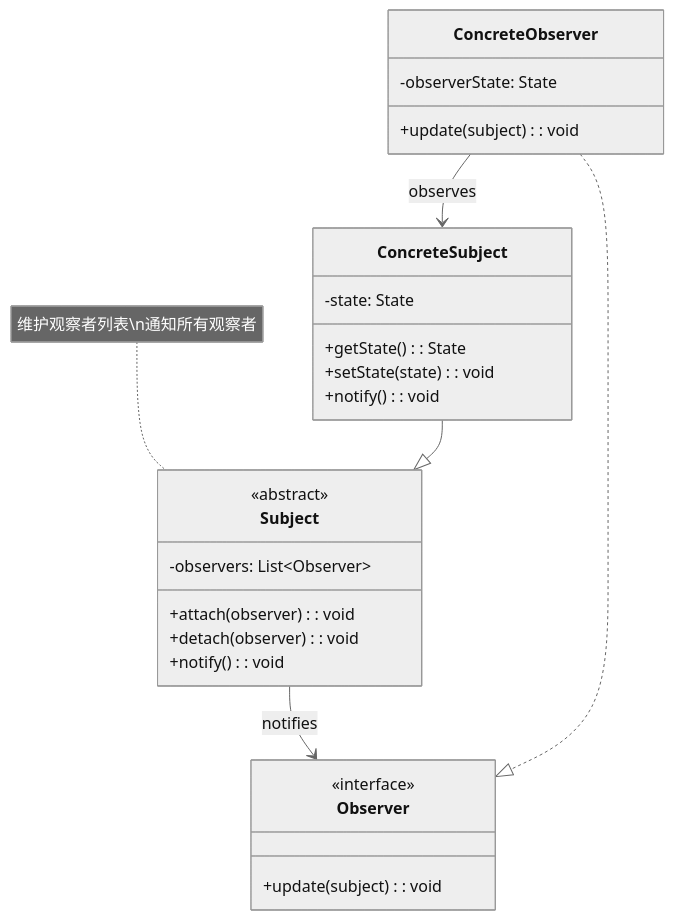
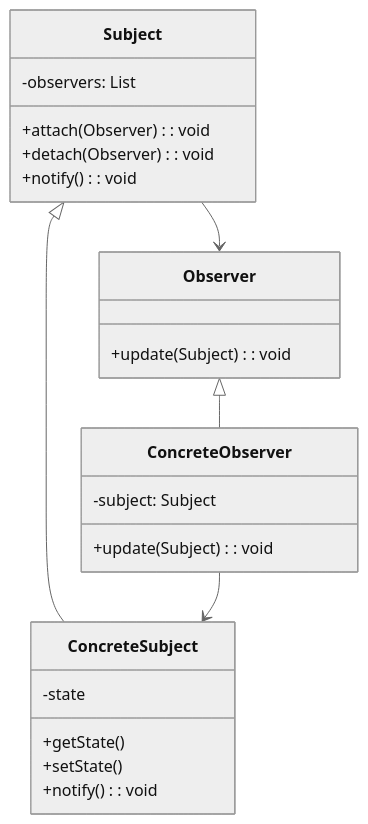
The first of 2 diagrams in resources/design-patterns/laravel/behavioral/observer_zh.md (fanly/DesignPattern), drawn with Mermaid (neutral theme) before and after one commit. The commit also changed other lines of this file and 103 other files, not shown here.

````diff
--- a/resources/design-patterns/laravel/behavioral/observer_zh.md
+++ b/resources/design-patterns/laravel/behavioral/observer_zh.md
@@ -10,34 +22,30 @@
 ```mermaid
 classDiagram
     class Subject {
-        <<abstract>>
-        -observers: List~Observer~
-        +attach(observer): void
-        +detach(observer): void
-        +notify(): void
-    }
-    
-    class ConcreteSubject {
-        -state: State
-        +getState(): State
-        +setState(state): void
+        -observers: List
+        +attach(Observer): void
+        +detach(Observer): void
         +notify(): void
     }
     
     class Observer {
-        <<interface>>
-        +update(subject): void
+        +update(Subject): void
+    }
+    
+    class ConcreteSubject {
+        -state
+        +getState()
+        +setState()
+        +notify(): void
     }
     
     class ConcreteObserver {
-        -observerState: State
-        +update(subject): void
+        -subject: Subject
+        +update(Subject): void
     }
     
-    Subject --> Observer : notifies
-    ConcreteSubject --|> Subject
-    ConcreteObserver ..|> Observer
-    ConcreteObserver --> ConcreteSubject : observes
-    
-    note for Subject "维护观察者列表\n通知所有观察者"
+    Subject <|-- ConcreteSubject
+    Observer <|-- ConcreteObserver
+    Subject --> Observer
+    ConcreteObserver --> ConcreteSubject
 ```
````
